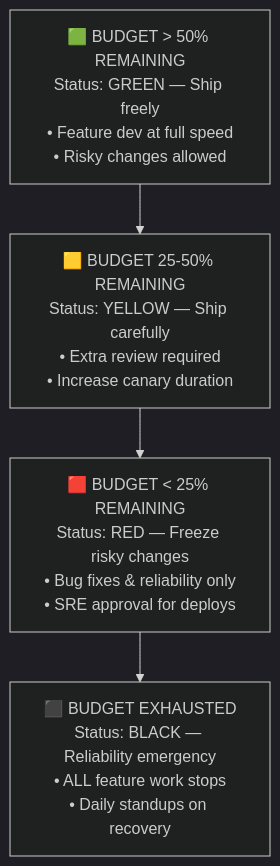
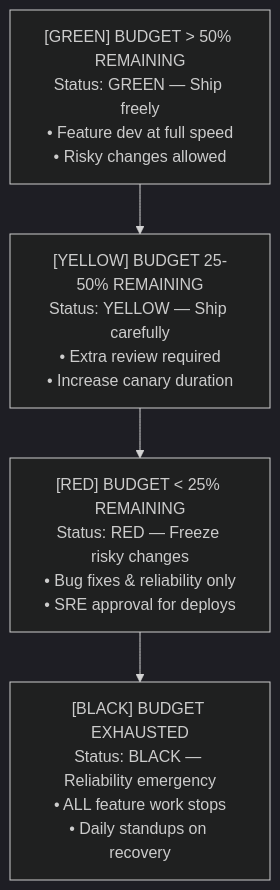
One commit to krisztiankoos/kubedojo changed the eighth of 8 diagrams in src/content/docs/platform/foundations/reliability-engineering/module-2.5-slos-slis-error-budgets.md. Above: the diagram before and after it, drawn with Mermaid (dark theme). The commit also changed other lines of this file, not shown here.

Commit message:
chore(content): write-only draft [platform/foundations/reliability-engineering/module-2.5-slos-slis-error-budgets]

````diff
--- a/src/content/docs/platform/foundations/reliability-engineering/module-2.5-slos-slis-error-budgets.md
+++ b/src/content/docs/platform/foundations/reliability-engineering/module-2.5-slos-slis-error-budgets.md
@@ -439,9 +441,9 @@
 ```mermaid
 flowchart TD
-    Green["🟩 BUDGET > 50% REMAINING\nStatus: GREEN — Ship freely\n• Feature dev at full speed\n• Risky changes allowed"]
-    Yellow["🟨 BUDGET 25-50% REMAINING\nStatus: YELLOW — Ship carefully\n• Extra review required\n• Increase canary duration"]
-    Red["🟥 BUDGET < 25% REMAINING\nStatus: RED — Freeze risky changes\n• Bug fixes & reliability only\n• SRE approval for deploys"]
-    Black["⬛ BUDGET EXHAUSTED\nStatus: BLACK — Reliability emergency\n• ALL feature work stops\n• Daily standups on recovery"]
+    Green["[GREEN] BUDGET > 50% REMAINING\nStatus: GREEN — Ship freely\n• Feature dev at full speed\n• Risky changes allowed"]
+    Yellow["[YELLOW] BUDGET 25-50% REMAINING\nStatus: YELLOW — Ship carefully\n• Extra review required\n• Increase canary duration"]
+    Red["[RED] BUDGET < 25% REMAINING\nStatus: RED — Freeze risky changes\n• Bug fixes & reliability only\n• SRE approval for deploys"]
+    Black["[BLACK] BUDGET EXHAUSTED\nStatus: BLACK — Reliability emergency\n• ALL feature work stops\n• Daily standups on recovery"]
     
     Green --> Yellow --> Red --> Black
 ```
````
